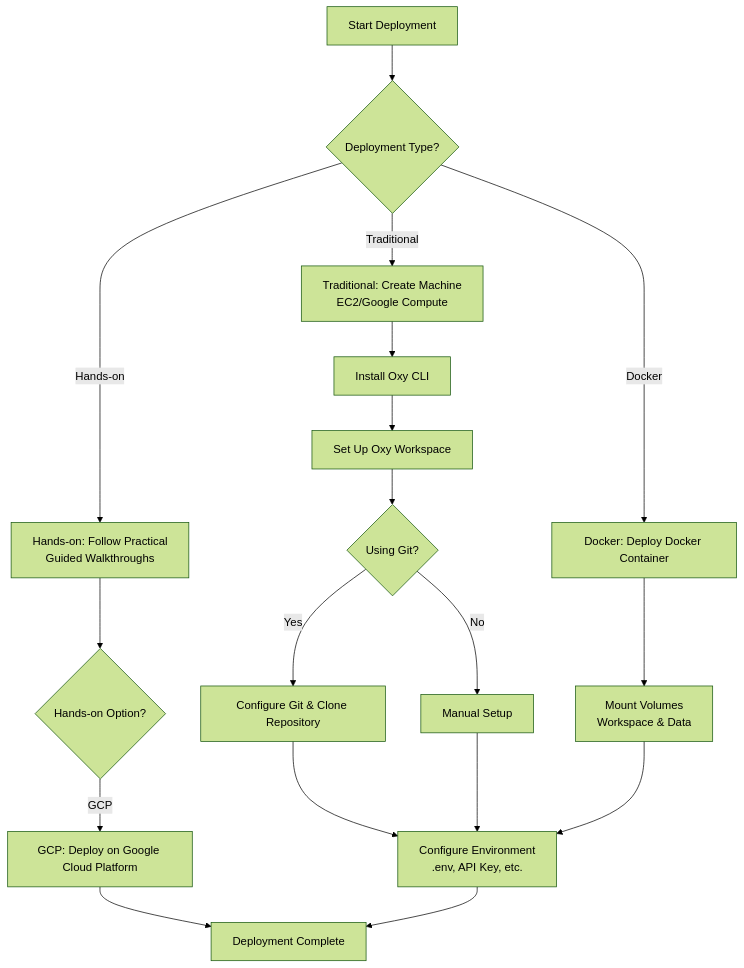
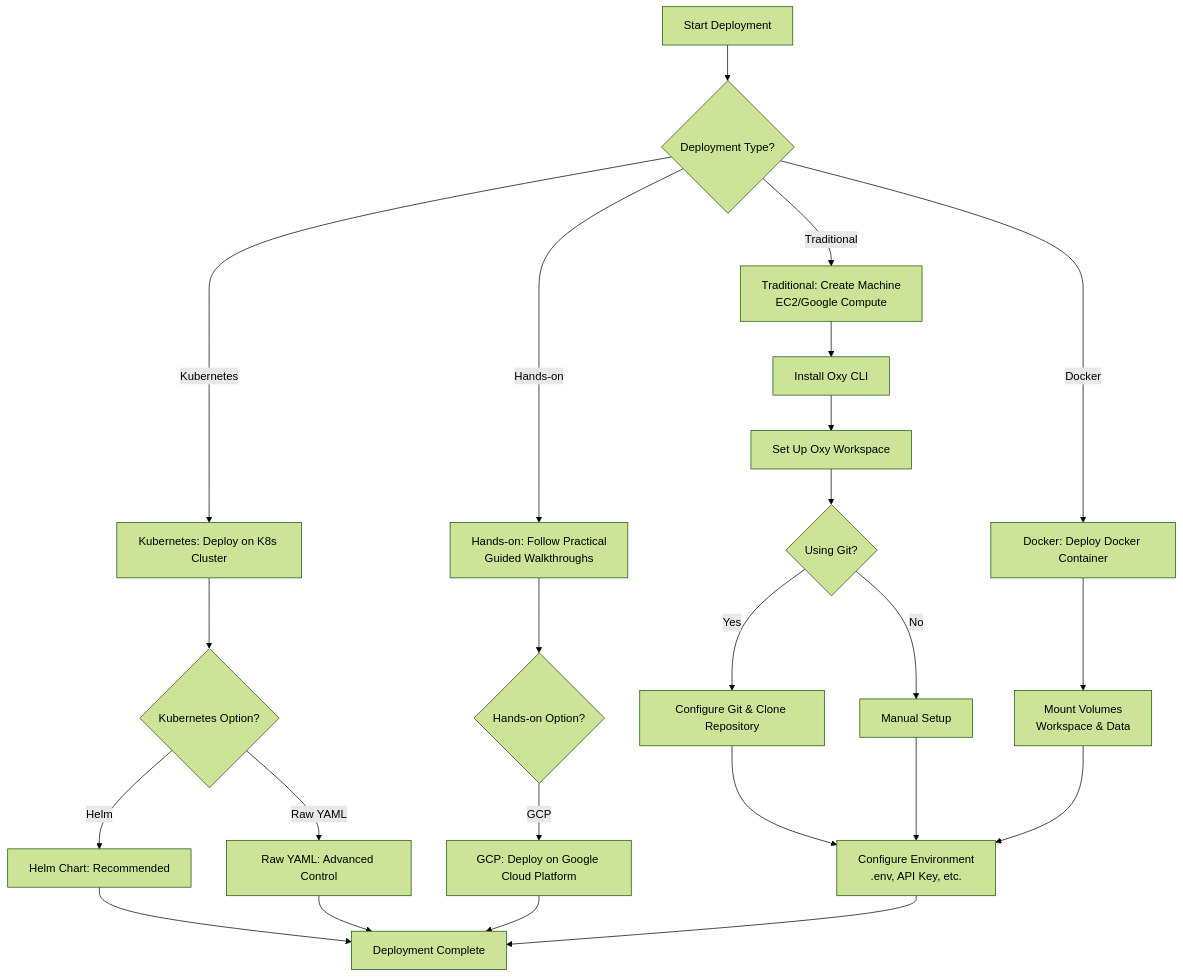
Before and after one commit to oxy-hq/oxy: the first of 2 diagrams in docs/deployment/overview.mdx, drawn with Mermaid (forest theme). The commit also changed other lines of this file and 3 other files, not shown here.

````diff
--- a/docs/deployment/overview.mdx
+++ b/docs/deployment/overview.mdx
@@ -30,30 +33,38 @@
 ```mermaid
 flowchart TD
   Start[Start Deployment]
   Choice{Deployment Type?}
   Traditional[Traditional: Create Machine\nEC2/Google Compute]
   Docker[Docker: Deploy Docker Container]
+  Kubernetes[Kubernetes: Deploy on K8s Cluster]
   HandsOn[Hands-on: Follow Practical\nGuided Walkthroughs]
+  K8sChoice{Kubernetes Option?}
+  Helm[Helm Chart: Recommended]
+  RawYAML[Raw YAML: Advanced Control]
   HandsOnOptions{Hands-on Option?}
   GCP[GCP: Deploy on Google Cloud Platform]
   Install[Install Oxy CLI]
   Workspace[Set Up Oxy Workspace]
   GitChoice{Using Git?}
   Git[Configure Git & Clone Repository]
   Manual[Manual Setup]
   Env[Configure Environment\n.env, API Key, etc.]
   Volumes[Mount Volumes\nWorkspace & Data]
   Done[Deployment Complete]
 
   Start --> Choice
   Choice -->|Traditional| Traditional
   Choice -->|Docker| Docker
+  Choice -->|Kubernetes| Kubernetes
   Choice -->|Hands-on| HandsOn
+  Kubernetes --> K8sChoice
+  K8sChoice -->|Helm| Helm --> Done
+  K8sChoice -->|Raw YAML| RawYAML --> Done
   HandsOn --> HandsOnOptions
   HandsOnOptions -->|GCP| GCP --> Done
   Traditional --> Install --> Workspace --> GitChoice
   GitChoice -->|Yes| Git --> Env
   GitChoice -->|No| Manual --> Env
   Docker --> Volumes --> Env
   Env --> Done
 ```
````
